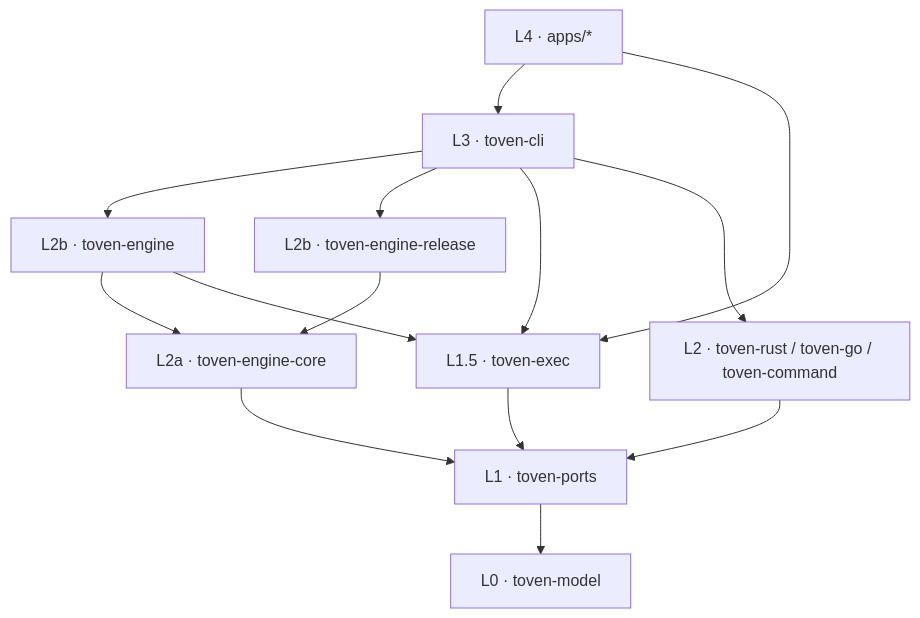
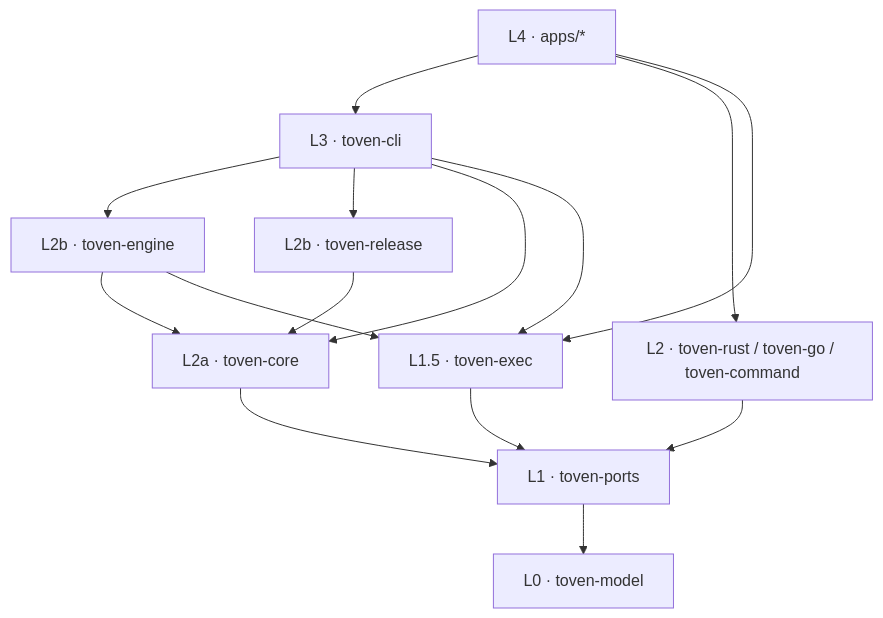
Before and after one commit to kbukum/toven: the first of 3 diagrams in docs/architecture.md, drawn with Mermaid. The commit also changed other lines of this file and 247 other files, not shown here.

Commit message:
refactor(crates): rename engine-core/engine-release to core/release (#169)

````diff
--- a/docs/architecture.md
+++ b/docs/architecture.md
@@ -23,26 +23,27 @@
 ```mermaid
 flowchart TB
     model["L0 · toven-model"]
     ports["L1 · toven-ports"]
     exec["L1.5 · toven-exec"]
-    core["L2a · toven-engine-core"]
-    release["L2b · toven-engine-release"]
+    core["L2a · toven-core"]
+    release["L2b · toven-release"]
     engine["L2b · toven-engine"]
-    eco["L2 · toven-rust / toven-go / toven-command"]
+    ecosystems["L2 · toven-rust / toven-go / toven-command"]
     cli["L3 · toven-cli"]
     apps["L4 · apps/*"]
 
     ports --> model
     exec --> ports
     core --> ports
     release --> core
     engine --> core
     engine --> exec
-    eco --> ports
+    ecosystems --> ports
     cli --> engine
     cli --> release
+    cli --> core
     cli --> exec
-    cli --> eco
     apps --> cli
+    apps --> ecosystems
     apps --> exec
 ```
````
